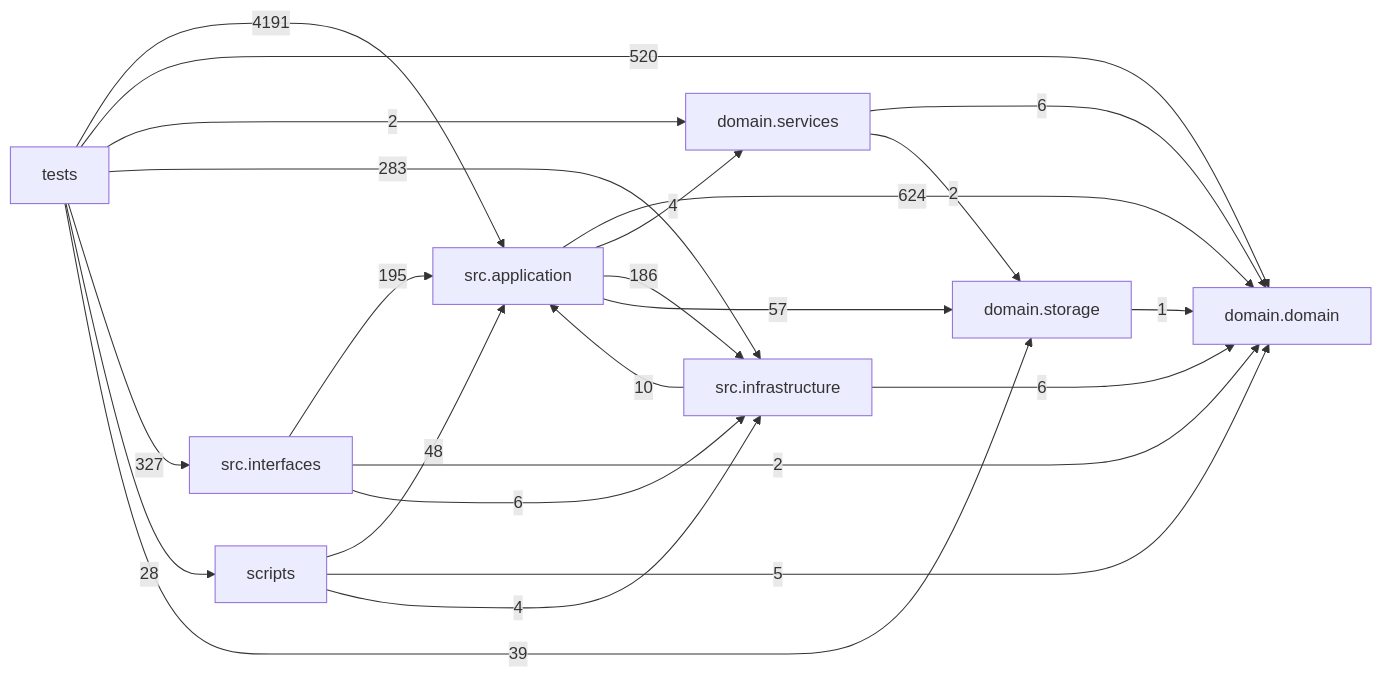
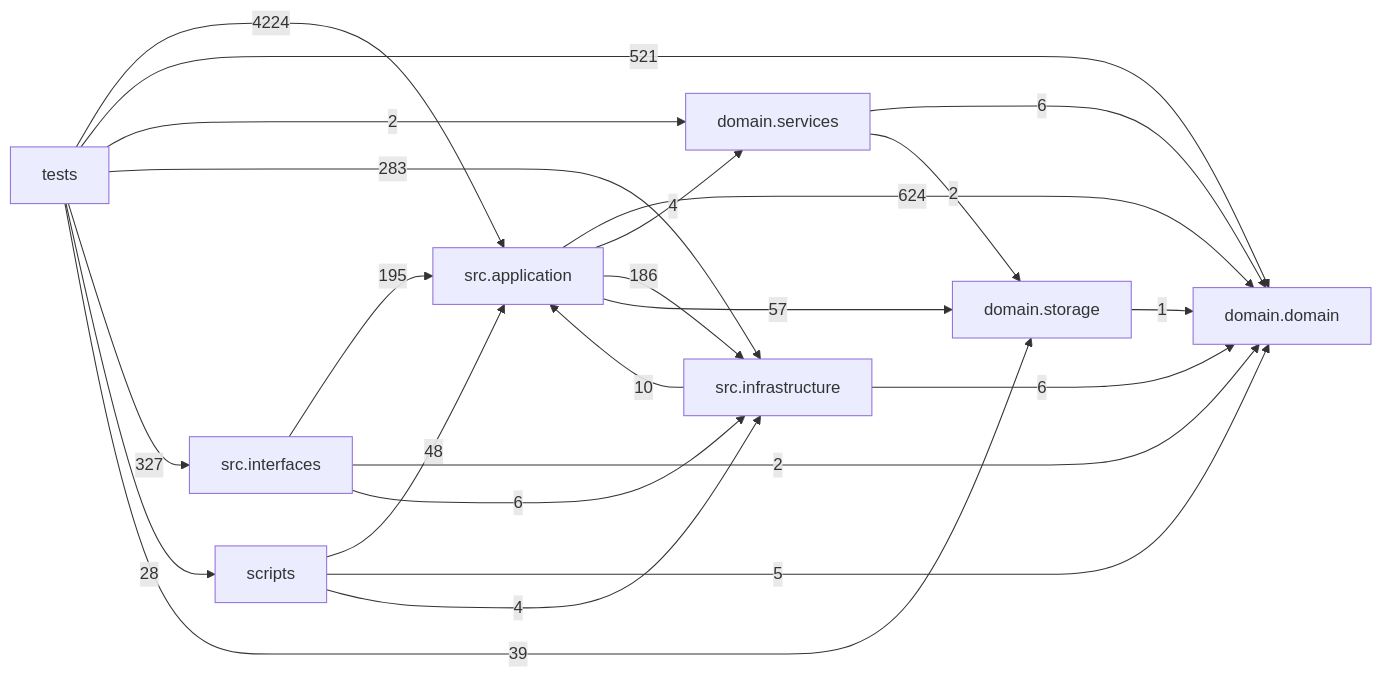
The diagram in docs/DEPENDENCY_GRAPH.md (liuxie066/options-monitor), drawn with Mermaid before and after one commit. The commit also changed other lines of this file and 15 other files, not shown here.

````diff
--- a/docs/DEPENDENCY_GRAPH.md
+++ b/docs/DEPENDENCY_GRAPH.md
@@ -24,33 +24,33 @@
 ```mermaid
 flowchart LR
   tests["tests"]
   scripts["scripts"]
   interfaces["src.interfaces"]
   application["src.application"]
   infrastructure["src.infrastructure"]
   domain_services["domain.services"]
   domain["domain.domain"]
   storage["domain.storage"]
   application -->|624| domain
   application -->|4| domain_services
   application -->|186| infrastructure
   application -->|57| storage
   domain_services -->|6| domain
   domain_services -->|2| storage
   infrastructure -->|10| application
   infrastructure -->|6| domain
   interfaces -->|195| application
   interfaces -->|2| domain
   interfaces -->|6| infrastructure
   scripts -->|48| application
   scripts -->|5| domain
   scripts -->|4| infrastructure
   storage -->|1| domain
-  tests -->|4191| application
-  tests -->|520| domain
+  tests -->|4224| application
+  tests -->|521| domain
   tests -->|2| domain_services
   tests -->|283| infrastructure
   tests -->|327| interfaces
   tests -->|28| scripts
   tests -->|39| storage
 ```
````
